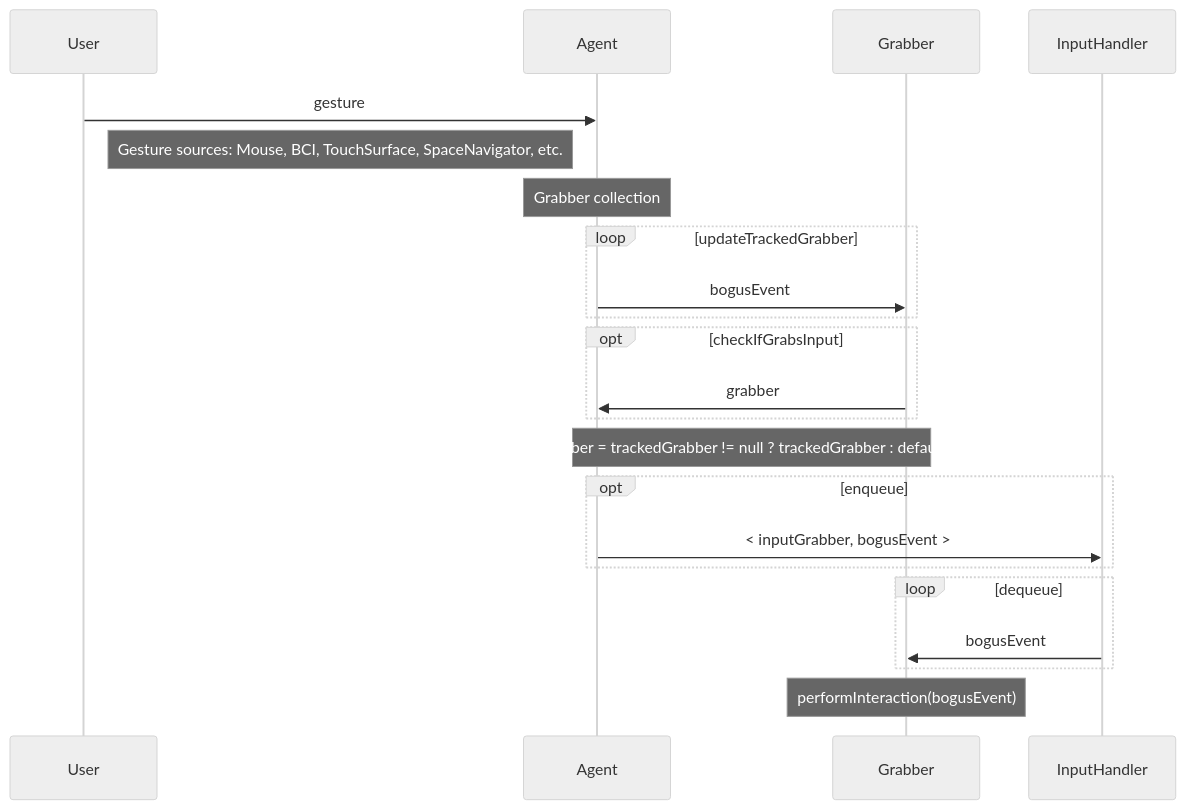
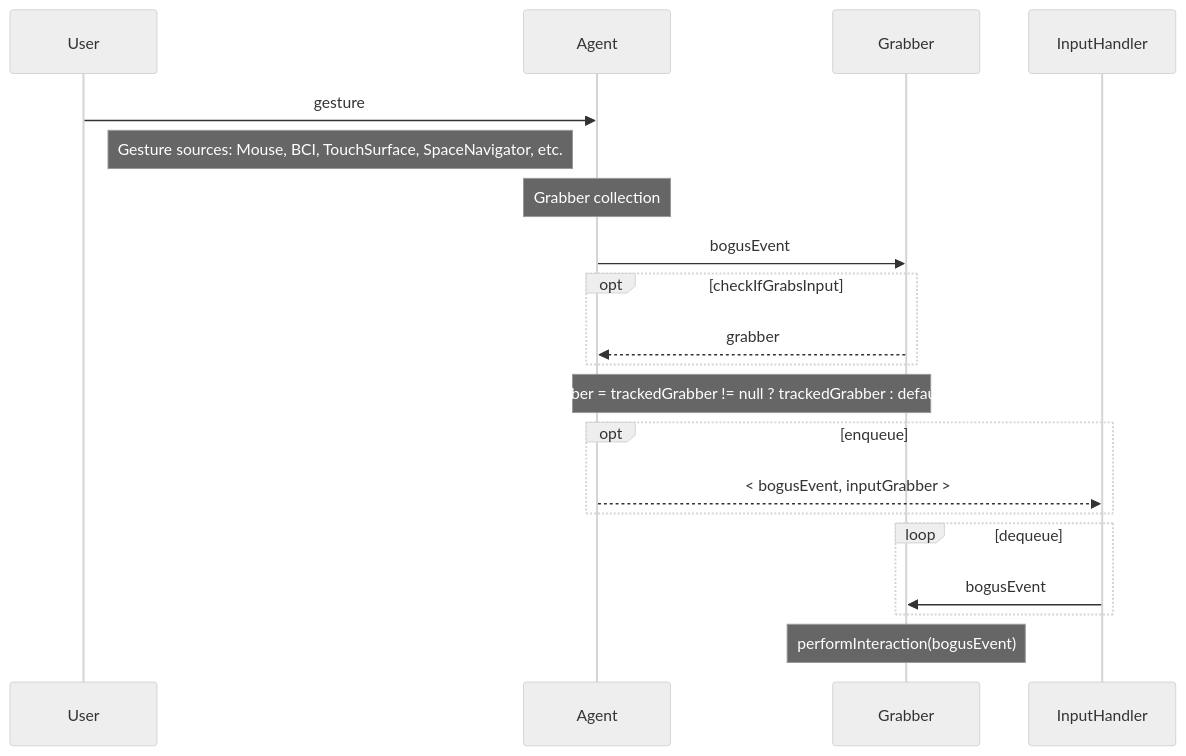
Before and after one commit to nakednous/proscene3_design: the diagram in fig/arch1.mermaid, drawn with Mermaid (neutral theme). The commit also changed 10 other files, not shown here.

Commit message:
better seq diagrams

```diff
--- a/fig/arch1.mermaid
+++ b/fig/arch1.mermaid
@@ -1,18 +1,18 @@
 sequenceDiagram
     User->>Agent: gesture
     Note right of User: Gesture sources: Mouse, BCI, TouchSurface, SpaceNavigator, etc.
     Note over Agent: Grabber collection
-    loop updateTrackedGrabber
+    %loop update
         Agent->>Grabber: bogusEvent
-    end
+    %end
     opt checkIfGrabsInput
-        Grabber->>Agent: grabber
+        Grabber-->>Agent: grabber
     end
     Note over Agent,Grabber: inputGrabber = trackedGrabber != null ? trackedGrabber : defaultGrabber
     opt enqueue
-        Agent->>InputHandler: < inputGrabber, bogusEvent >
+        Agent-->>InputHandler: < bogusEvent, inputGrabber >
     end
     loop dequeue
       InputHandler->>Grabber: bogusEvent
     end
     Note over Grabber: performInteraction(bogusEvent)
```
